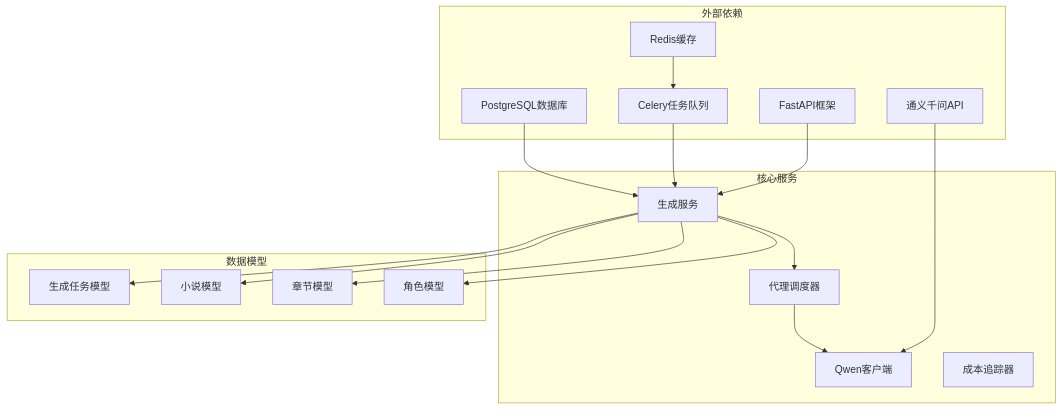
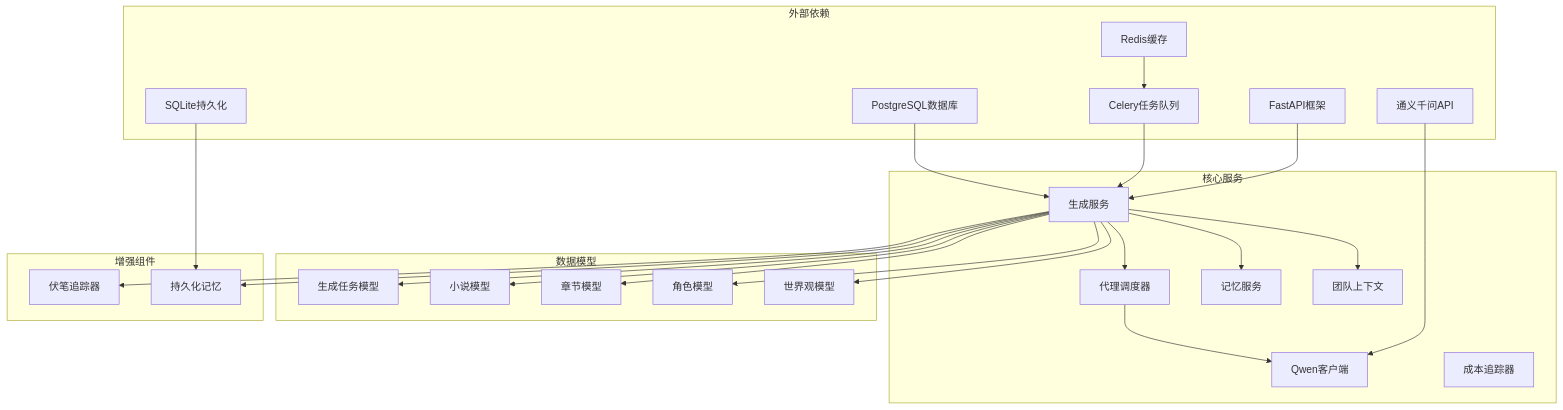
Before and after one commit to xfbyxq/ai-novel-system: the ninth of 10 diagrams in .qoder/repowiki/zh/content/Generation Service.md, drawn with Mermaid. The commit also changed other lines of this file and 10 other files, not shown here.

````diff
--- a/.qoder/repowiki/zh/content/Generation Service.md
+++ b/.qoder/repowiki/zh/content/Generation Service.md
@@ -309,33 +380,47 @@
 ```mermaid
 graph TB
 subgraph "外部依赖"
 FastAPI[FastAPI框架]
 Celery[Celery任务队列]
 DashScope[通义千问API]
 PostgreSQL[PostgreSQL数据库]
 Redis[Redis缓存]
+SQLite[SQLite持久化]
 end
 subgraph "核心服务"
 GenerationService[生成服务]
 AgentDispatcher[代理调度器]
 QwenClient[Qwen客户端]
 CostTracker[成本追踪器]
+MemoryService[记忆服务]
+TeamContext[团队上下文]
 end
 subgraph "数据模型"
 GenerationTask[生成任务模型]
 Novel[小说模型]
 Chapter[章节模型]
 Character[角色模型]
+WorldSetting[世界观模型]
+end
+subgraph "增强组件"
+ForeshadowingTracker[伏笔追踪器]
+PersistentMemory[持久化记忆]
 end
 FastAPI --> GenerationService
 Celery --> GenerationService
 DashScope --> QwenClient
 PostgreSQL --> GenerationService
 Redis --> Celery
+SQLite --> PersistentMemory
 GenerationService --> AgentDispatcher
 AgentDispatcher --> QwenClient
+GenerationService --> MemoryService
+GenerationService --> TeamContext
+GenerationService --> ForeshadowingTracker
+GenerationService --> PersistentMemory
 GenerationService --> GenerationTask
 GenerationService --> Novel
 GenerationService --> Chapter
 GenerationService --> Character
+GenerationService --> WorldSetting
 ```
````
